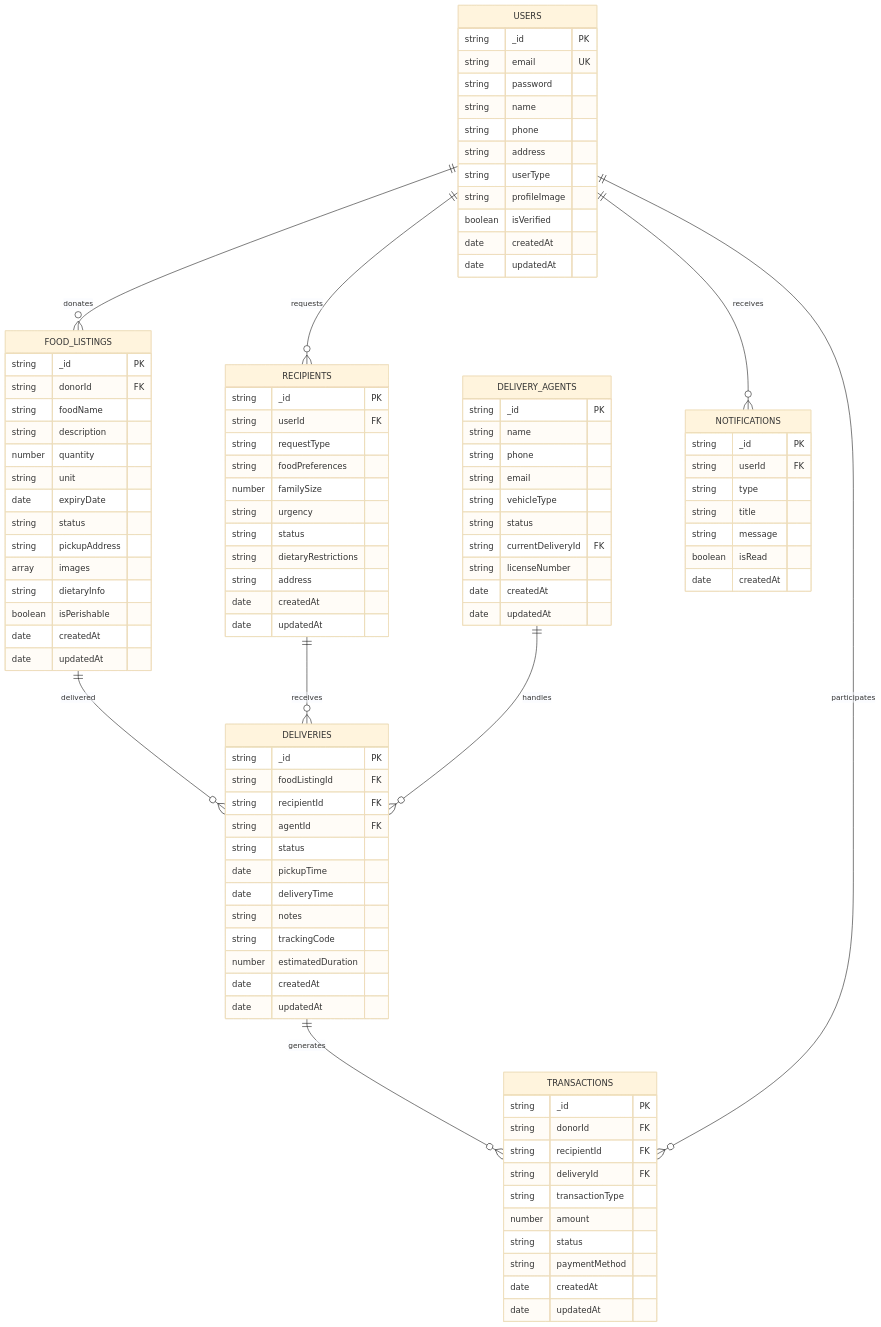
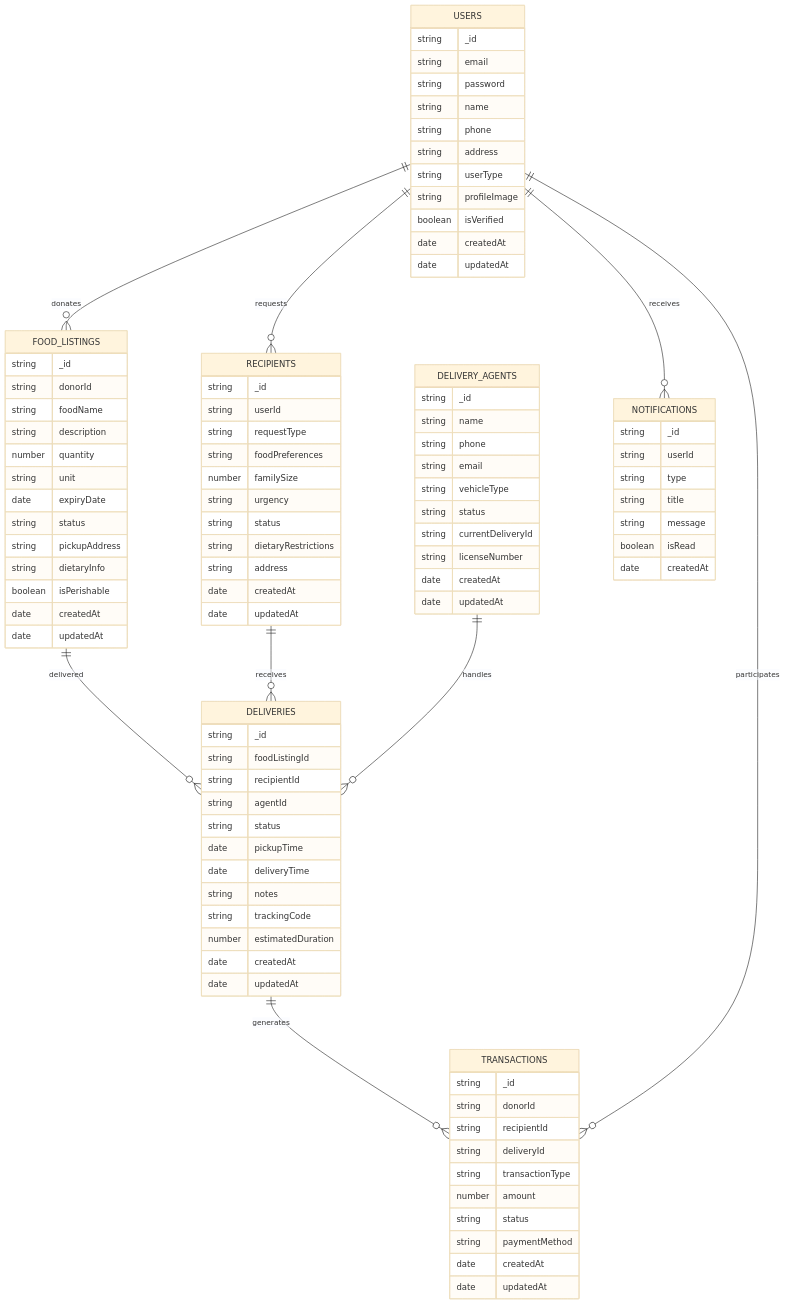
The fifth of 8 diagrams in README.md (vvinayakkk/VESIT), drawn with Mermaid (base theme) before and after one commit. The commit also changed other lines of this file, not shown here.

````diff
--- a/README.md
+++ b/README.md
@@ -279,8 +279,8 @@
 ```mermaid
 erDiagram
     USERS {
-        string _id PK
-        string email UK
+        string _id
+        string email
         string password
         string name
         string phone
@@ -293,8 +293,8 @@
     }
     
     FOOD_LISTINGS {
-        string _id PK
-        string donorId FK
+        string _id
+        string donorId
         string foodName
         string description
         number quantity
@@ -302,7 +302,6 @@
         date expiryDate
         string status
         string pickupAddress
-        array images
         string dietaryInfo
         boolean isPerishable
         date createdAt
@@ -310,8 +309,8 @@
     }
     
     RECIPIENTS {
-        string _id PK
-        string userId FK
+        string _id
+        string userId
         string requestType
         string foodPreferences
         number familySize
@@ -324,10 +323,10 @@
     }
     
     DELIVERIES {
-        string _id PK
-        string foodListingId FK
-        string recipientId FK
-        string agentId FK
+        string _id
+        string foodListingId
+        string recipientId
+        string agentId
         string status
         date pickupTime
         date deliveryTime
@@ -339,23 +338,23 @@
     }
     
     DELIVERY_AGENTS {
-        string _id PK
+        string _id
         string name
         string phone
         string email
         string vehicleType
         string status
-        string currentDeliveryId FK
+        string currentDeliveryId
         string licenseNumber
         date createdAt
         date updatedAt
     }
     
     TRANSACTIONS {
-        string _id PK
-        string donorId FK
-        string recipientId FK
-        string deliveryId FK
+        string _id
+        string donorId
+        string recipientId
+        string deliveryId
         string transactionType
         number amount
         string status
@@ -365,8 +364,8 @@
     }
     
     NOTIFICATIONS {
-        string _id PK
-        string userId FK
+        string _id
+        string userId
         string type
         string title
         string message
````
